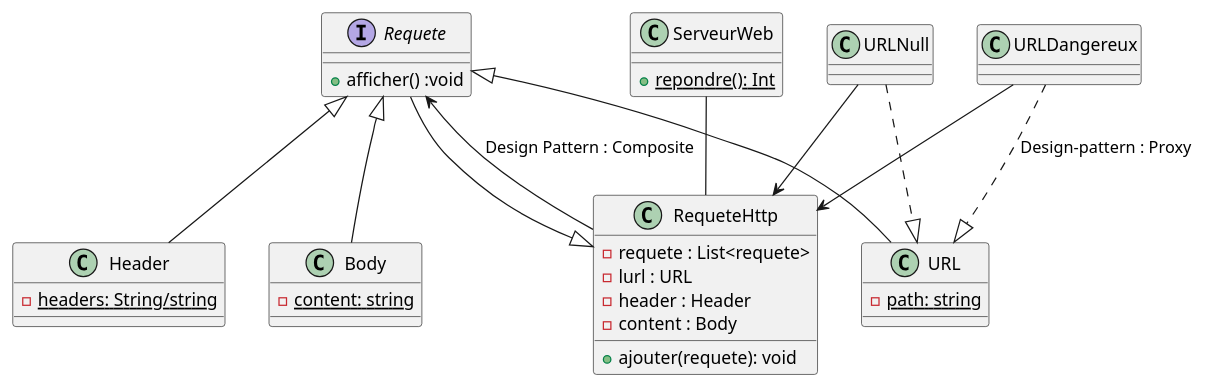
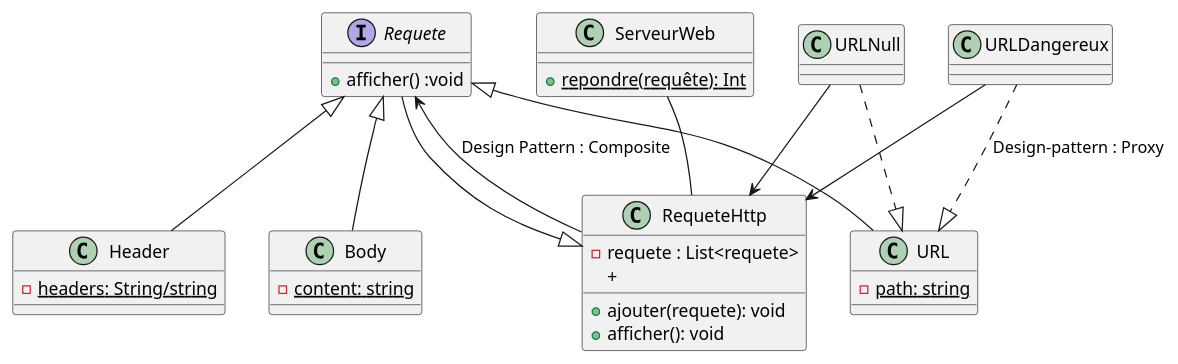
The diagram in src/uml/ServeurWeb.puml (JuFer98/TP_Design_Pattern_Serveur), drawn with PlantUML before and after one commit.

```diff
--- a/src/uml/ServeurWeb.puml
+++ b/src/uml/ServeurWeb.puml
@@ -1,38 +1,37 @@
 @startuml ServeurWeb
 interface Requete {
      + afficher() :void   
 }
 class RequeteHttp {
     - requete : List<requete>
-    - lurl : URL
-    - header : Header
-    - content : Body
     + ajouter(requete): void
+    + afficher(): void
+    + 
 }
 
 class URL {
      {static} - path: string
 }
 class Header {
      {static} - headers: String/string
 }
 class Body {
      {static} - content: string
 }
 class ServeurWeb {
-     {static} + repondre(): Int
+     {static} + repondre(requête): Int
 }
 
 ServeurWeb -- RequeteHttp 
 Requete <-- RequeteHttp : Design Pattern : Composite
 RequeteHttp <|-- Requete
 URLDangereux-->RequeteHttp
 URLNull-->RequeteHttp
 Requete <|-- Header
 Requete <|-- Body
 Requete <|-- URL
 
 URLDangereux..|>URL : Design-pattern : Proxy
 URLNull..|>URL
 
 @enduml
```
